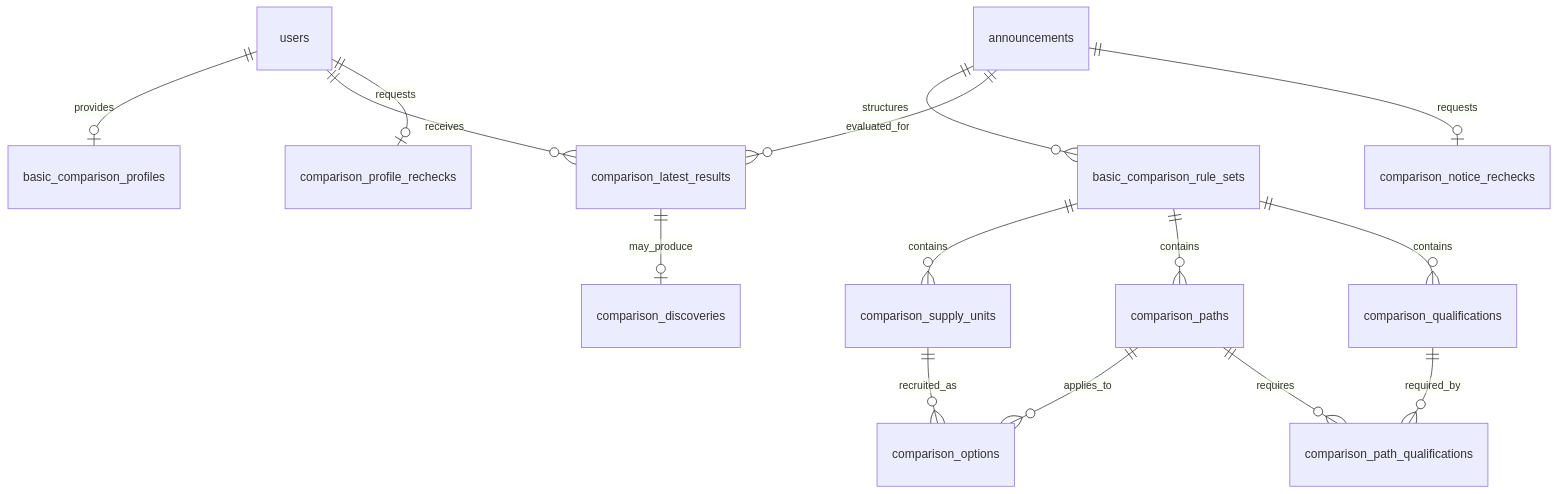
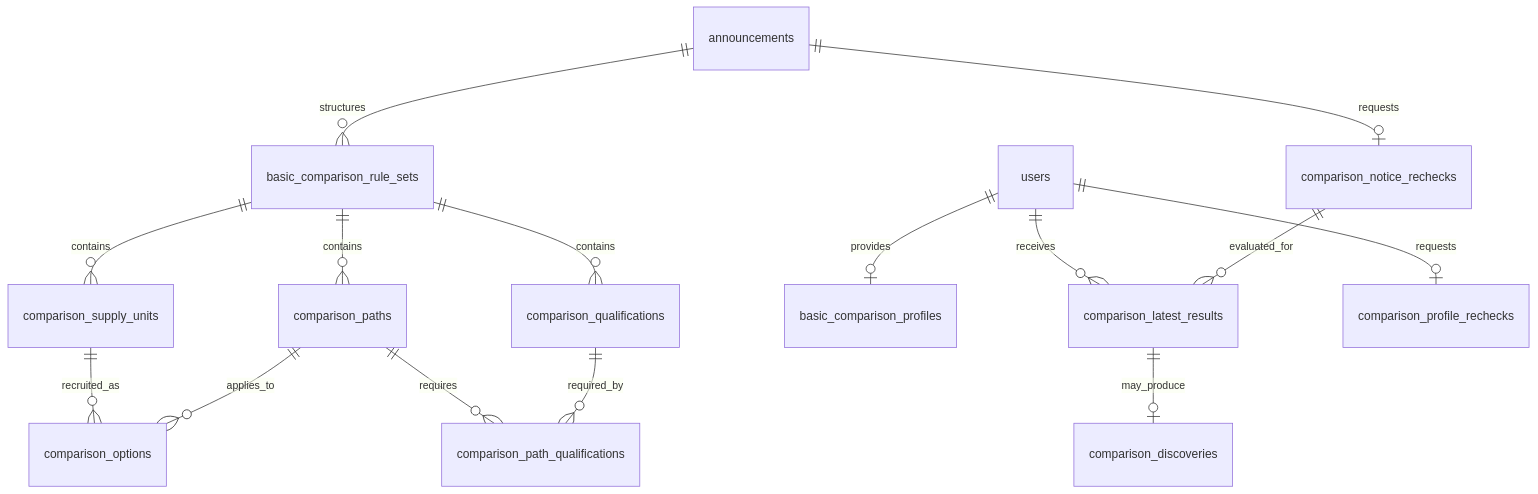
One commit to woowacourse-teams/2026-toadzip changed the diagram in docs/features/eligibility-storage.md. Above: the diagram before and after it, drawn with Mermaid. The commit also changed other lines of this file and 30 other files, not shown here.

````diff
--- a/docs/features/eligibility-storage.md
+++ b/docs/features/eligibility-storage.md
@@ -33,17 +33,17 @@
 ```mermaid
 erDiagram
     announcements ||--o{ basic_comparison_rule_sets : structures
     basic_comparison_rule_sets ||--o{ comparison_supply_units : contains
     basic_comparison_rule_sets ||--o{ comparison_paths : contains
     basic_comparison_rule_sets ||--o{ comparison_qualifications : contains
     comparison_supply_units ||--o{ comparison_options : recruited_as
     comparison_paths ||--o{ comparison_options : applies_to
     comparison_paths ||--o{ comparison_path_qualifications : requires
     comparison_qualifications ||--o{ comparison_path_qualifications : required_by
     users ||--o| basic_comparison_profiles : provides
     users ||--o{ comparison_latest_results : receives
-    announcements ||--o{ comparison_latest_results : evaluated_for
+    comparison_notice_rechecks ||--o{ comparison_latest_results : evaluated_for
     users ||--o| comparison_profile_rechecks : requests
     announcements ||--o| comparison_notice_rechecks : requests
     comparison_latest_results ||--o| comparison_discoveries : may_produce
 ```
````
